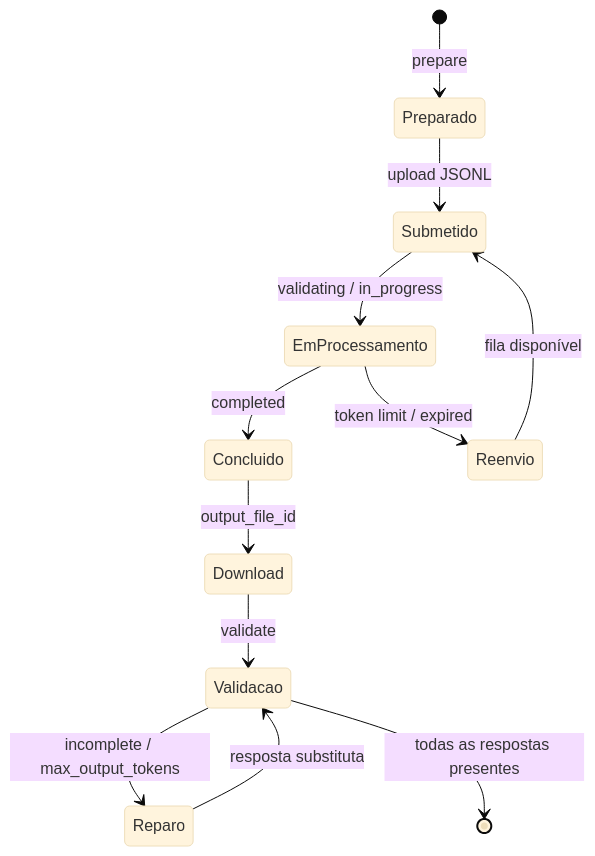
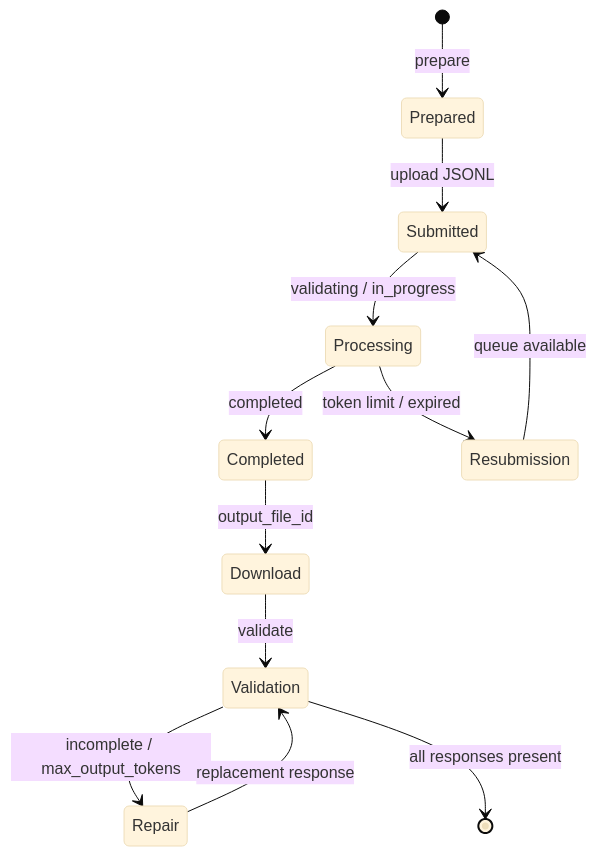
The second of 2 diagrams in Architecture.md (Alexandre076/candidate_research), drawn with Mermaid (base theme) before and after one commit. The commit also changed other lines of this file and 6 other files, not shown here.

````diff
--- a/Architecture.md
+++ b/Architecture.md
@@ -108,14 +106,14 @@
 ```mermaid
 stateDiagram-v2
-    [*] --> Preparado: prepare
-    Preparado --> Submetido: upload JSONL
-    Submetido --> EmProcessamento: validating / in_progress
-    EmProcessamento --> Concluido: completed
-    EmProcessamento --> Reenvio: token limit / expired
-    Reenvio --> Submetido: fila disponível
-    Concluido --> Download: output_file_id
-    Download --> Validacao: validate
-    Validacao --> Reparo: incomplete / max_output_tokens
-    Reparo --> Validacao: resposta substituta
-    Validacao --> [*]: todas as respostas presentes
+    [*] --> Prepared: prepare
+    Prepared --> Submitted: upload JSONL
+    Submitted --> Processing: validating / in_progress
+    Processing --> Completed: completed
+    Processing --> Resubmission: token limit / expired
+    Resubmission --> Submitted: queue available
+    Completed --> Download: output_file_id
+    Download --> Validation: validate
+    Validation --> Repair: incomplete / max_output_tokens
+    Repair --> Validation: replacement response
+    Validation --> [*]: all responses present
 ```
````
